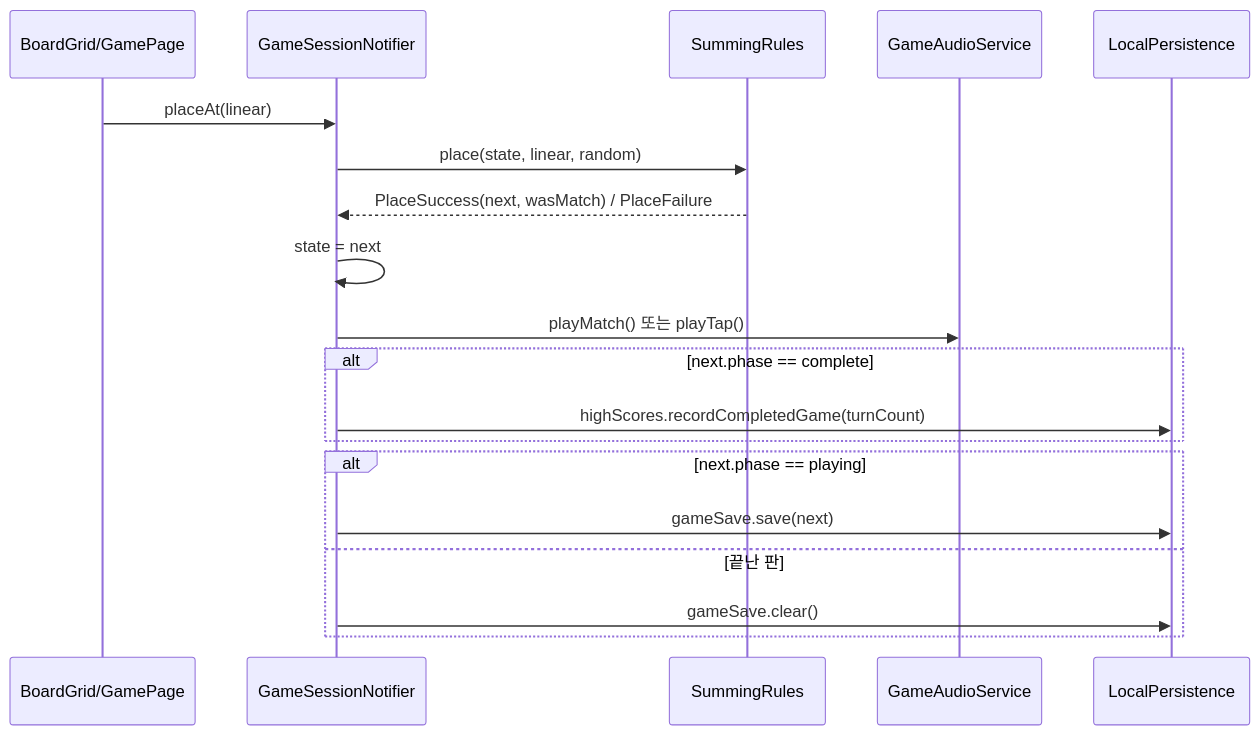
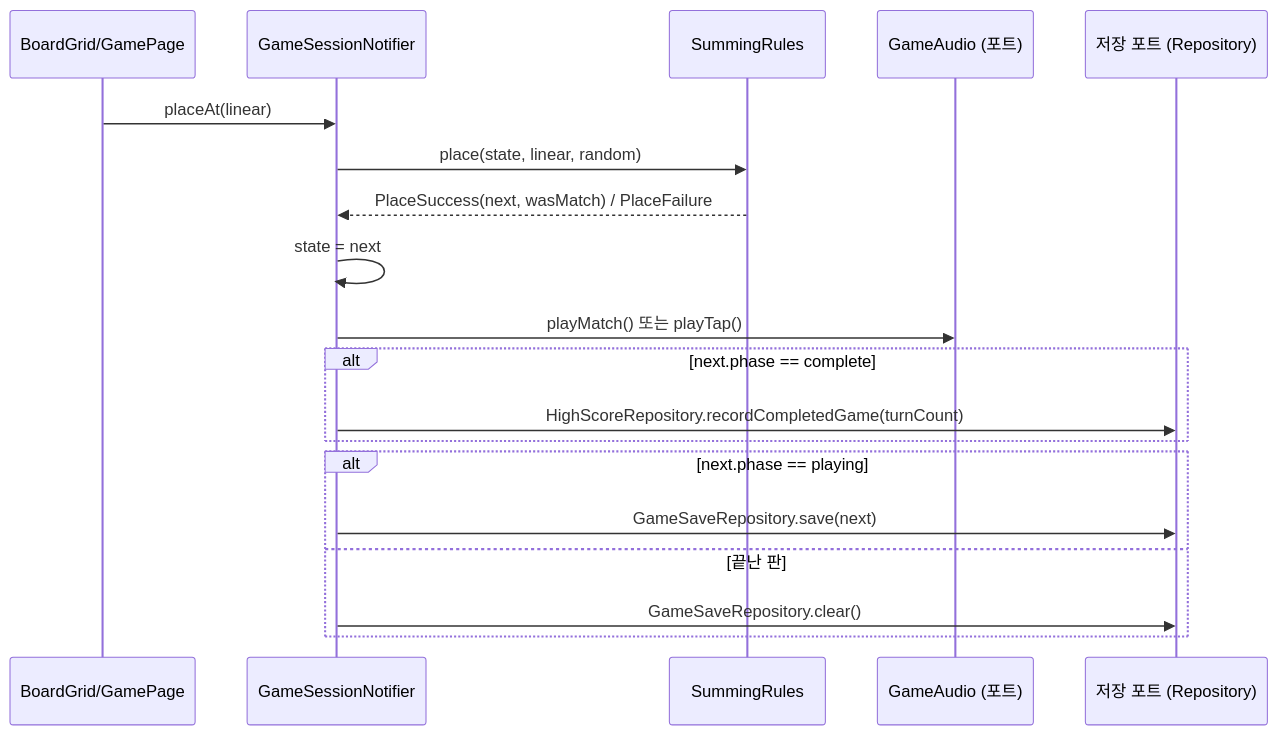
The diagram in .moai/project/codemaps/data-flow.md (wall72/summing-flutter), drawn with Mermaid before and after one commit. The commit also changed other lines of this file and 9 other files, not shown here.

````diff
--- a/.moai/project/codemaps/data-flow.md
+++ b/.moai/project/codemaps/data-flow.md
@@ -5,21 +5,21 @@
 ```mermaid
 sequenceDiagram
   participant UI as BoardGrid/GamePage
   participant N as GameSessionNotifier
   participant R as SummingRules
-  participant A as GameAudioService
-  participant P as LocalPersistence
+  participant A as GameAudio (포트)
+  participant P as 저장 포트 (Repository)
   UI->>N: placeAt(linear)
   N->>R: place(state, linear, random)
   R-->>N: PlaceSuccess(next, wasMatch) / PlaceFailure
   N->>N: state = next
   N->>A: playMatch() 또는 playTap()
   alt next.phase == complete
-    N->>P: highScores.recordCompletedGame(turnCount)
+    N->>P: HighScoreRepository.recordCompletedGame(turnCount)
   end
   alt next.phase == playing
-    N->>P: gameSave.save(next)
+    N->>P: GameSaveRepository.save(next)
   else 끝난 판
-    N->>P: gameSave.clear()
+    N->>P: GameSaveRepository.clear()
   end
 ```
````
